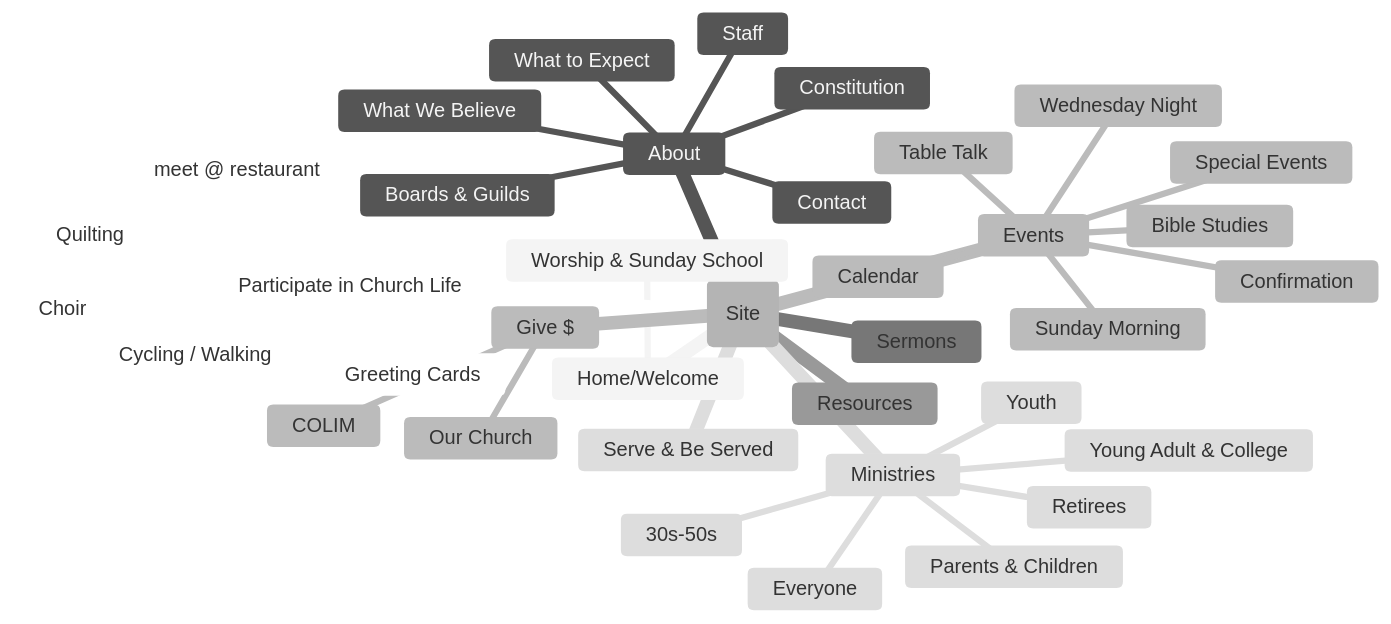
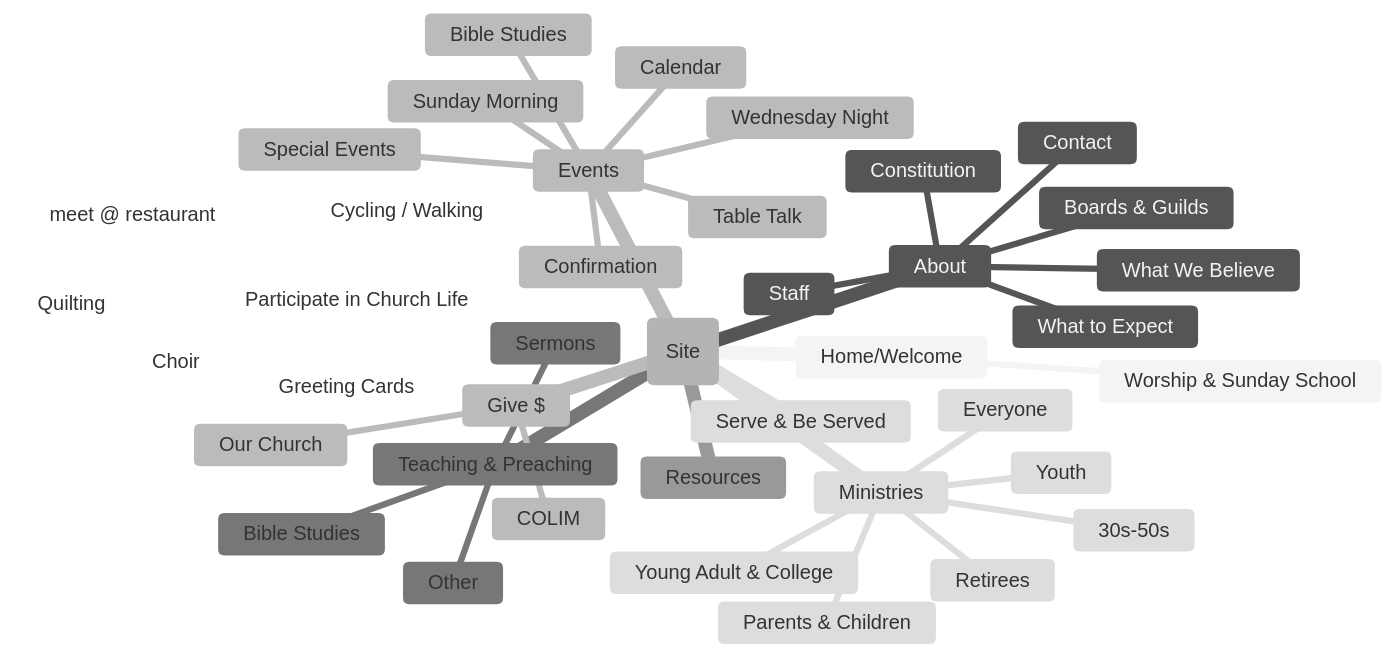
The diagram in README.md (brain-fuel/org.hopelutheransunbury), drawn with Mermaid (neutral theme) before and after one commit. The commit also changed other lines of this file, not shown here.

Commit message:
reorganize

````diff
--- a/README.md
+++ b/README.md
@@ -3,40 +3,43 @@
 ```mermaid
 mindmap
 root(Site)
   Home/Welcome
     Worship & Sunday School
   About
     What to Expect
     What We Believe
     Constitution
     Contact
     Staff
     Boards & Guilds
   Events
     Sunday Morning
     Wednesday Night
     Special Events
     Bible Studies
     Table Talk
     Confirmation
     Calendar
-  Sermons
+  Teaching & Preaching
+    Sermons
+    Bible Studies
+    Other
   Resources
   Ministries
     Everyone
     Parents & Children
     Youth
     Young Adult & College
     30s-50s
     Retirees
   Participate in Church Life
     Choir
     Cycling / Walking
     Greeting Cards
     Quilting
     Terrific Tuesdays (meet @ restaurant)
   Serve & Be Served
   Give $
     Our Church
     COLIM
 ```
````
